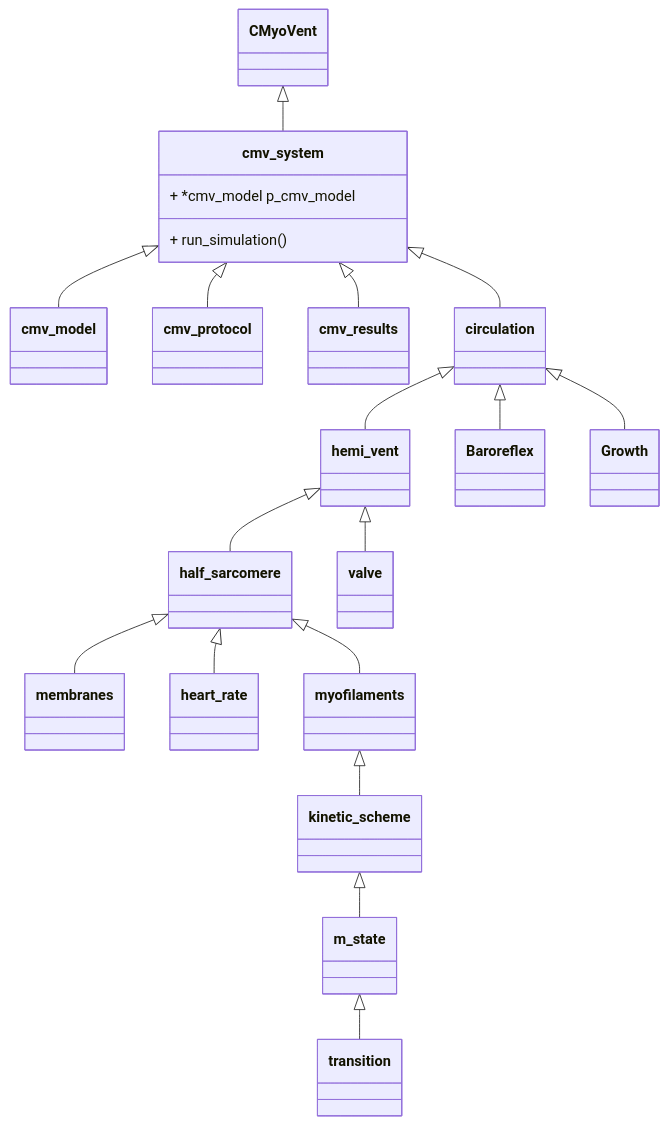
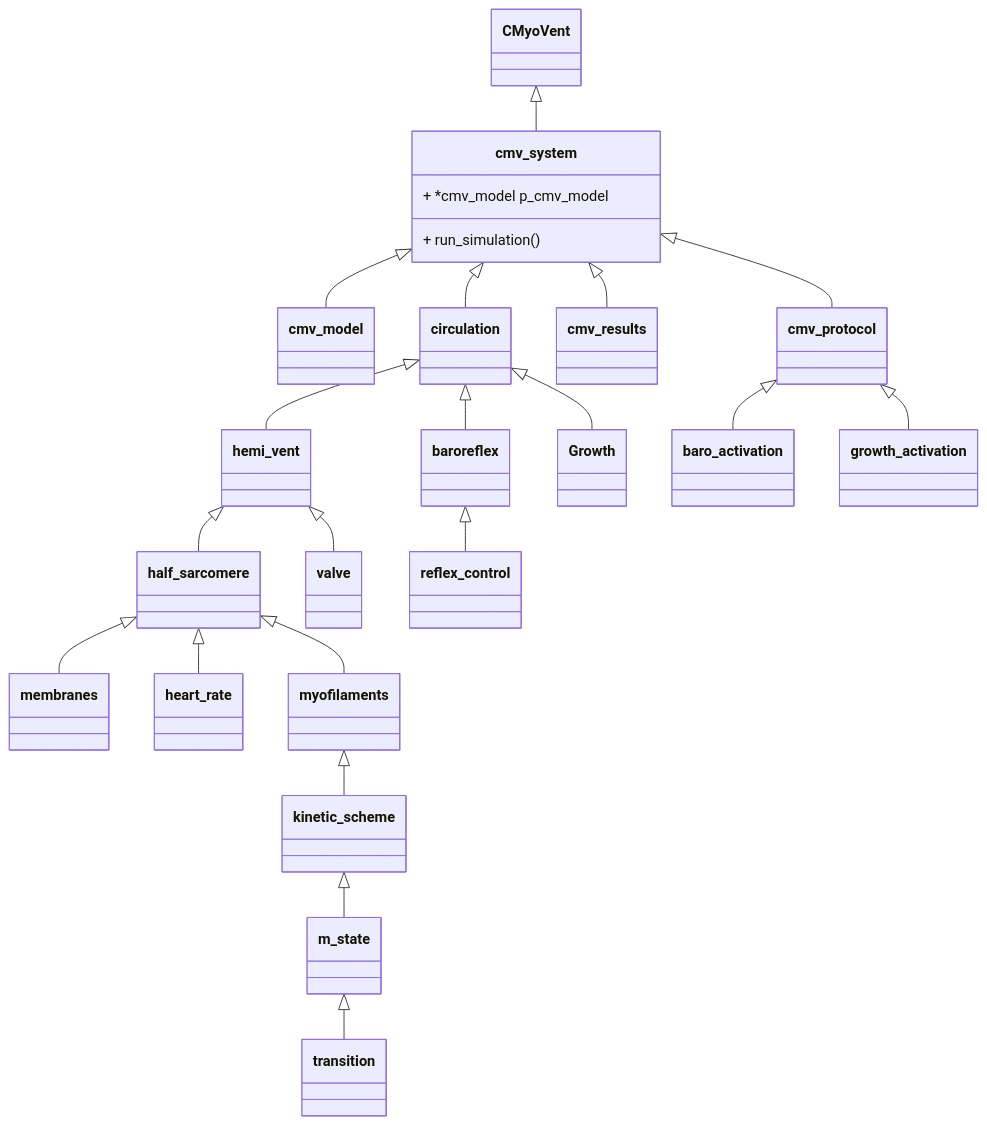
Before and after one commit to Campbell-Muscle-Lab/MyoVent: the diagram in README.md, drawn with Mermaid. The commit also changed 24 other files, not shown here.

`````diff
--- a/README.md
+++ b/README.md
@@ -3,26 +3,29 @@
 ````mermaid
 
 classDiagram
 
     CMyoVent <|-- cmv_system
     cmv_system <|-- cmv_model
     cmv_system <|-- cmv_protocol
     cmv_system <|-- cmv_results
     cmv_system <|-- circulation
     circulation <|-- hemi_vent
-    circulation <|-- Baroreflex
+    circulation <|-- baroreflex
     circulation <|-- Growth
     hemi_vent <|-- half_sarcomere
     hemi_vent <|-- valve 
     half_sarcomere <|-- membranes
     half_sarcomere <|-- heart_rate
     half_sarcomere <|-- myofilaments
     myofilaments <|--kinetic_scheme
     kinetic_scheme <|-- m_state
     m_state <|-- transition
+    baroreflex <|-- reflex_control
+    cmv_protocol <|-- baro_activation
+    cmv_protocol <|-- growth_activation
     
     cmv_system: + *cmv_model p_cmv_model
     cmv_system: + run_simulation()
 
 
 ````
`````
